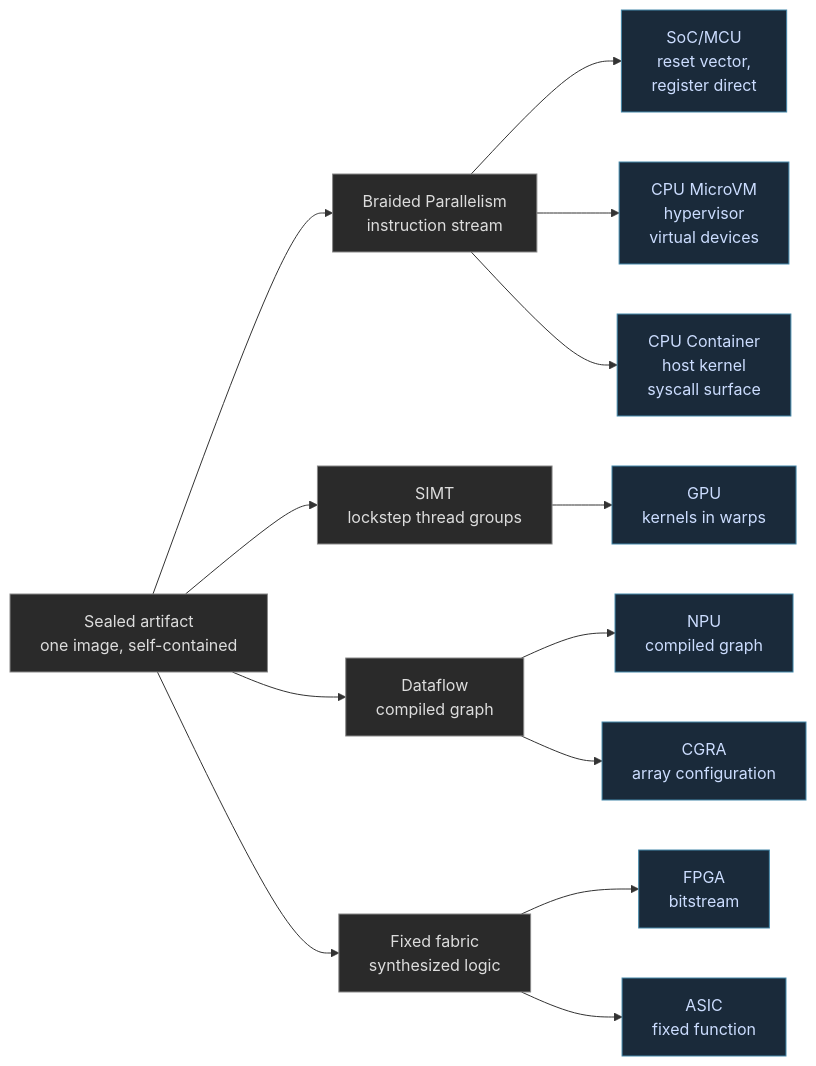
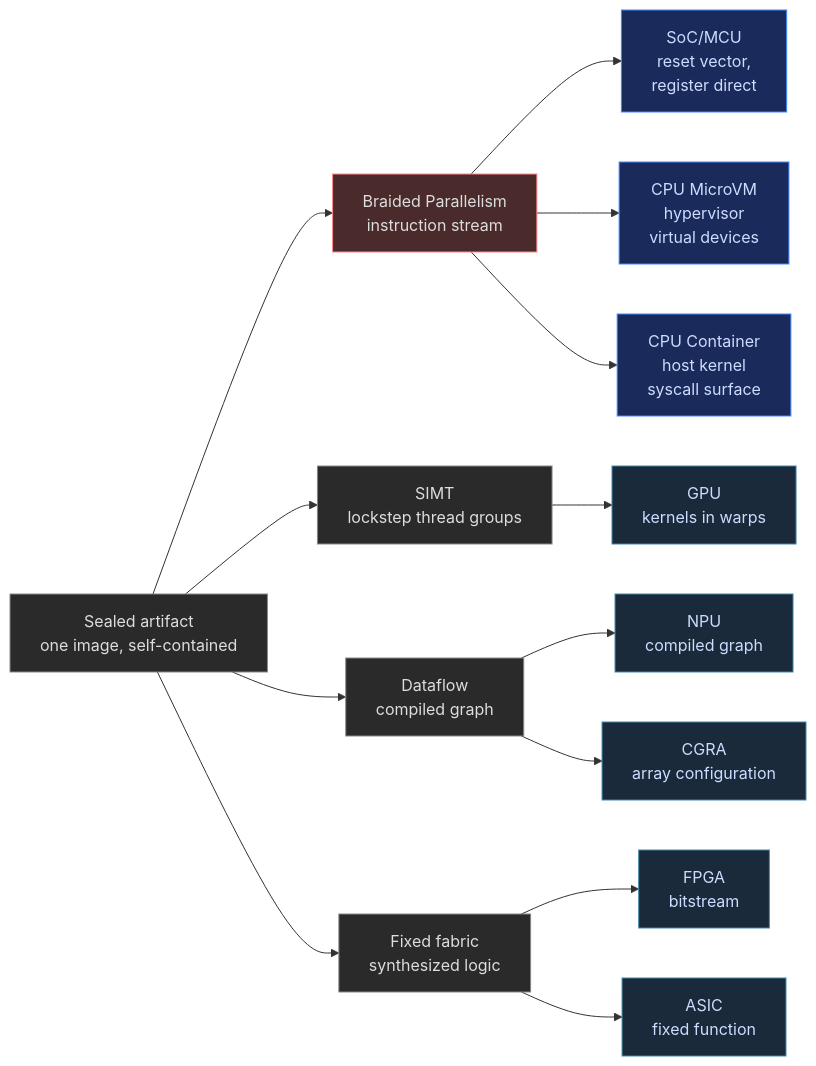
The first of 3 diagrams in hugo/content/blog/getting-to-the-heart-of-unikernels.md (FidelityFramework/clef-lang-site), drawn with Mermaid before and after one commit.

Commit message:
modify graph highlights

````diff
--- a/hugo/content/blog/getting-to-the-heart-of-unikernels.md
+++ b/hugo/content/blog/getting-to-the-heart-of-unikernels.md
@@ -10,28 +10,32 @@
 ```mermaid
 graph LR
     ROOT["Sealed artifact<br/>one image, self-contained"]
 
     ROOT --> SEQ["Braided Parallelism<br/>instruction stream"]
     ROOT --> SIMT["SIMT<br/>lockstep thread groups"]
     ROOT --> DF["Dataflow<br/>compiled graph"]
     ROOT --> FIX["Fixed fabric<br/>synthesized logic"]
 
     SEQ --> MCU["SoC/MCU<br/>reset vector,<br/>register direct"]
     SEQ --> UVM["CPU MicroVM<br/>hypervisor<br/>virtual devices"]
     SEQ --> CON["CPU Container<br/>host kernel<br/>syscall surface"]
 
     SIMT --> GPU["GPU<br/>kernels in warps"]
 
     DF --> NPU["NPU<br/>compiled graph"]
     DF --> CGRA["CGRA<br/>array configuration"]
 
     FIX --> FPGA["FPGA<br/>bitstream"]
     FIX --> ASIC["ASIC<br/>fixed function"]
 
     classDef root fill:#2a2a2a,stroke:#888,color:#ddd;
     classDef model fill:#2a2a2a,stroke:#888,color:#ddd;
+    classDef highlight fill:#4a2a2a,stroke:#F88,color:#ddd;
     classDef target fill:#1a2a3a,stroke:#48a,color:#cdf;
+    classDef hightarget fill:#1a2a5a,stroke:#48F,color:#cdf;
     class ROOT root;
-    class SEQ,SIMT,DF,FIX model;
-    class MCU,UVM,CON,GPU,NPU,CGRA,FPGA,ASIC target;
+    class SEQ highlight;
+    class SIMT,DF,FIX model; 
+    class MCU,UVM,CON hightarget;
+    class GPU,NPU,CGRA,FPGA,ASIC target;
 ```
````
